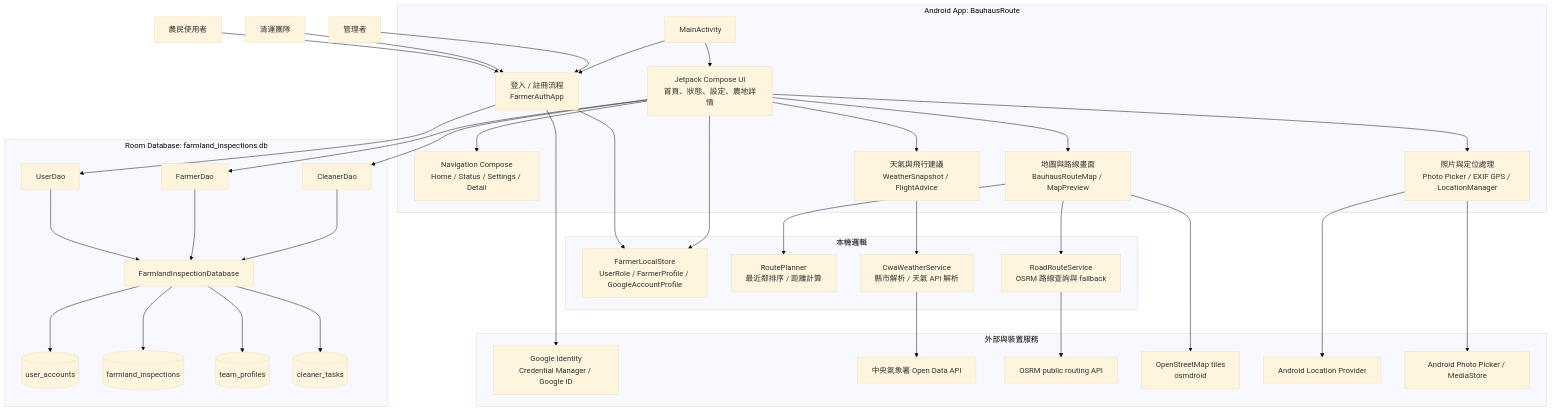
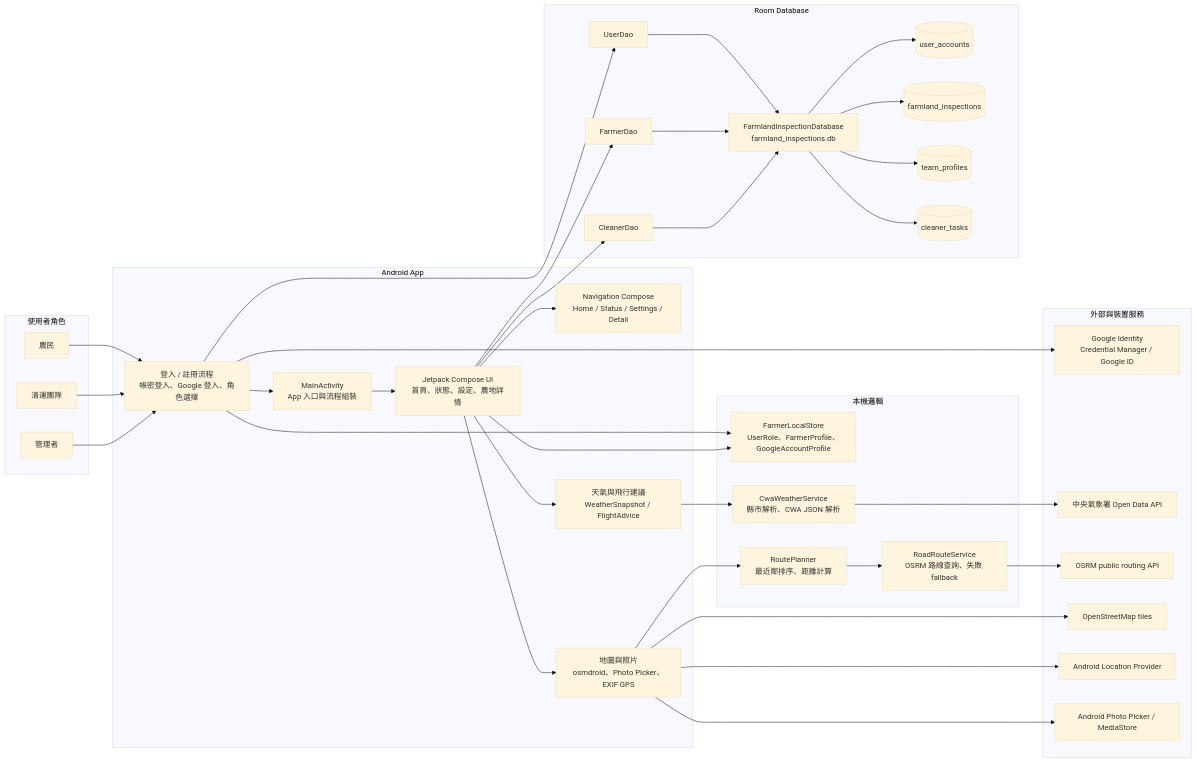
Before and after one commit to Joshua211268/BauhausRoute: the first of 2 diagrams in ARCHITECTURE.md, drawn with Mermaid (base theme). The commit also changed other lines of this file and 4 other files, not shown here.

Commit message:
Add theme mode support and refresh architecture docs

````diff
--- a/ARCHITECTURE.md
+++ b/ARCHITECTURE.md
@@ -3,80 +7,80 @@
 ```mermaid
-flowchart TB
-    farmer["農民使用者"]
-    cleaner["清運團隊"]
-    admin["管理者"]
-
-    subgraph app["Android App: BauhausRoute"]
-        main["MainActivity"]
-        auth["登入 / 註冊流程<br/>FarmerAuthApp"]
-        ui["Jetpack Compose UI<br/>首頁、狀態、設定、農地詳情"]
-        nav["Navigation Compose<br/>Home / Status / Settings / Detail"]
-        map["地圖與路線畫面<br/>BauhausRouteMap / MapPreview"]
-        photo["照片與定位處理<br/>Photo Picker / EXIF GPS / LocationManager"]
-        weatherState["天氣與飛行建議<br/>WeatherSnapshot / FlightAdvice"]
+flowchart LR
+    subgraph Users["使用者角色"]
+        Farmer["農民"]
+        Cleaner["清運團隊"]
+        Admin["管理者"]
     end
 
-    subgraph domain["本機邏輯"]
-        localProfile["FarmerLocalStore<br/>UserRole / FarmerProfile / GoogleAccountProfile"]
-        routePlanner["RoutePlanner<br/>最近鄰排序 / 距離計算"]
-        roadRoute["RoadRouteService<br/>OSRM 路線查詢與 fallback"]
-        weatherService["CwaWeatherService<br/>縣市解析 / 天氣 API 解析"]
+    subgraph App["Android App"]
+        Main["MainActivity<br/>App 入口與流程組裝"]
+        Auth["登入 / 註冊流程<br/>帳密登入、Google 登入、角色選擇"]
+        Compose["Jetpack Compose UI<br/>首頁、狀態、設定、農地詳情"]
+        Nav["Navigation Compose<br/>Home / Status / Settings / Detail"]
+        MapPhoto["地圖與照片<br/>osmdroid、Photo Picker、EXIF GPS"]
+        WeatherUi["天氣與飛行建議<br/>WeatherSnapshot / FlightAdvice"]
     end
 
-    subgraph data["Room Database: farmland_inspections.db"]
-        db["FarmlandInspectionDatabase"]
-        userDao["UserDao"]
-        farmerDao["FarmerDao"]
-        cleanerDao["CleanerDao"]
-        accounts[("user_accounts")]
-        farmlands[("farmland_inspections")]
-        teams[("team_profiles")]
-        tasks[("cleaner_tasks")]
+    subgraph Domain["本機邏輯"]
+        Profile["FarmerLocalStore<br/>UserRole、FarmerProfile、GoogleAccountProfile"]
+        RoutePlanner["RoutePlanner<br/>最近鄰排序、距離計算"]
+        RoadRoute["RoadRouteService<br/>OSRM 路線查詢、失敗 fallback"]
+        WeatherService["CwaWeatherService<br/>縣市解析、CWA JSON 解析"]
     end
 
-    subgraph external["外部與裝置服務"]
-        google["Google Identity<br/>Credential Manager / Google ID"]
-        cwa["中央氣象署 Open Data API"]
-        osrm["OSRM public routing API"]
-        osm["OpenStreetMap tiles<br/>osmdroid"]
-        androidLocation["Android Location Provider"]
-        mediaStore["Android Photo Picker / MediaStore"]
+    subgraph Data["Room Database"]
+        DB["FarmlandInspectionDatabase<br/>farmland_inspections.db"]
+        UserDao["UserDao"]
+        FarmerDao["FarmerDao"]
+        CleanerDao["CleanerDao"]
+        UserTable[("user_accounts")]
+        FarmTable[("farmland_inspections")]
+        TeamTable[("team_profiles")]
+        TaskTable[("cleaner_tasks")]
     end
 
-    farmer --> auth
-    cleaner --> auth
-    admin --> auth
+    subgraph External["外部與裝置服務"]
+        Google["Google Identity<br/>Credential Manager / Google ID"]
+        CWA["中央氣象署 Open Data API"]
+        OSRM["OSRM public routing API"]
+        OSM["OpenStreetMap tiles"]
+        Location["Android Location Provider"]
+        Media["Android Photo Picker / MediaStore"]
+    end
 
-    main --> auth
-    main --> ui
-    ui --> nav
-    ui --> map
-    ui --> photo
-    ui --> weatherState
+    Farmer --> Auth
+    Cleaner --> Auth
+    Admin --> Auth
 
-    auth --> localProfile
-    auth --> userDao
-    auth --> google
+    Auth --> Main
+    Main --> Compose
+    Compose --> Nav
+    Compose --> MapPhoto
+    Compose --> WeatherUi
 
-    ui --> farmerDao
-    ui --> cleanerDao
-    ui --> localProfile
+    Auth --> Profile
+    Auth --> UserDao
+    Auth --> Google
 
-    map --> routePlanner
-    map --> roadRoute
-    map --> osm
-    photo --> androidLocation
-    photo --> mediaStore
-    weatherState --> weatherService
+    Compose --> FarmerDao
+    Compose --> CleanerDao
+    Compose --> Profile
 
-    roadRoute --> osrm
-    weatherService --> cwa
+    MapPhoto --> RoutePlanner
+    RoutePlanner --> RoadRoute
+    RoadRoute --> OSRM
+    MapPhoto --> OSM
+    MapPhoto --> Location
+    MapPhoto --> Media
 
-    userDao --> db
-    farmerDao --> db
-    cleanerDao --> db
-    db --> accounts
-    db --> farmlands
-    db --> teams
-    db --> tasks
+    WeatherUi --> WeatherService
+    WeatherService --> CWA
+
+    UserDao --> DB
+    FarmerDao --> DB
+    CleanerDao --> DB
+    DB --> UserTable
+    DB --> FarmTable
+    DB --> TeamTable
+    DB --> TaskTable
 ```
````
